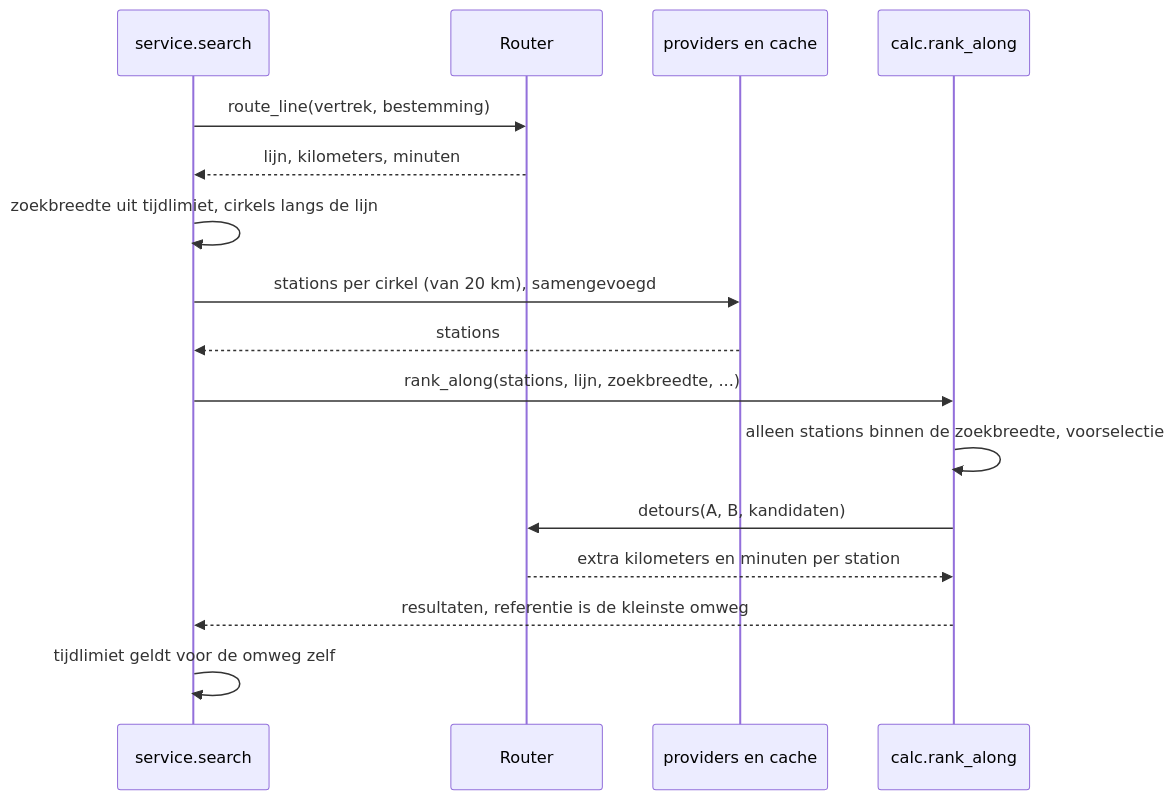
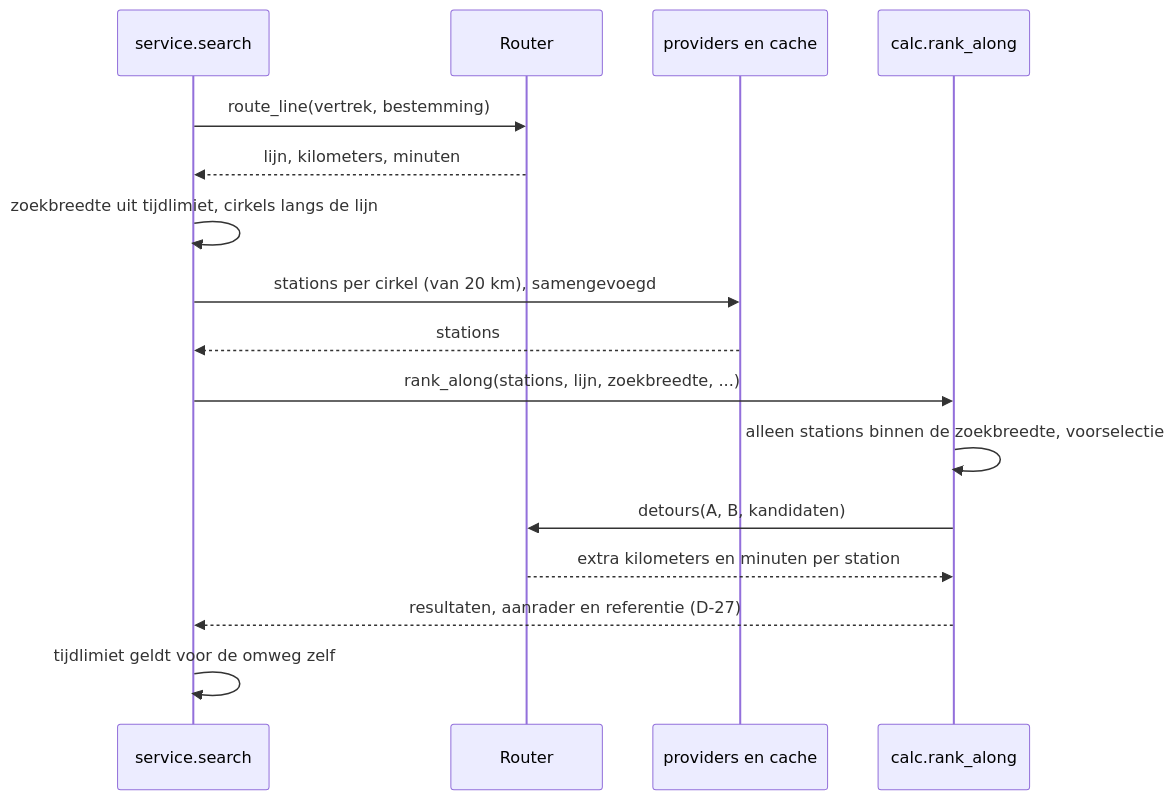
The fourth of 7 diagrams in docs/DESIGN.md (JeroenLind/GoedkoopTanken), drawn with Mermaid before and after one commit. The commit also changed other lines of this file and 13 other files, not shown here.

First line of the commit message:
Aanrader op tijdwaarde, referentie op de route en Navigeer-knop

````diff
--- a/docs/DESIGN.md
+++ b/docs/DESIGN.md
@@ -177,18 +177,18 @@
 ```mermaid
 sequenceDiagram
     participant S as service.search
     participant R as Router
     participant P as providers en cache
     participant C as calc.rank_along
     S->>R: route_line(vertrek, bestemming)
     R-->>S: lijn, kilometers, minuten
     S->>S: zoekbreedte uit tijdlimiet, cirkels langs de lijn
     S->>P: stations per cirkel (van 20 km), samengevoegd
     P-->>S: stations
     S->>C: rank_along(stations, lijn, zoekbreedte, ...)
     C->>C: alleen stations binnen de zoekbreedte, voorselectie
     C->>R: detours(A, B, kandidaten)
     R-->>C: extra kilometers en minuten per station
-    C-->>S: resultaten, referentie is de kleinste omweg
+    C-->>S: resultaten, aanrader en referentie (D-27)
     S->>S: tijdlimiet geldt voor de omweg zelf
 ```
````
